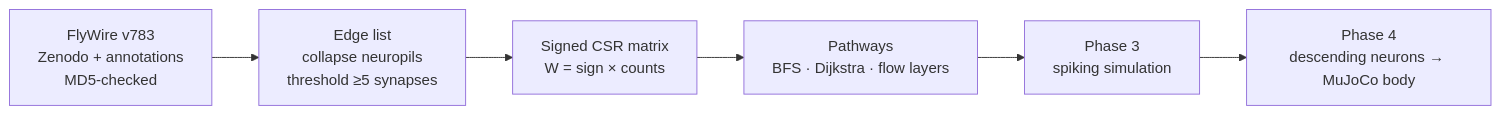
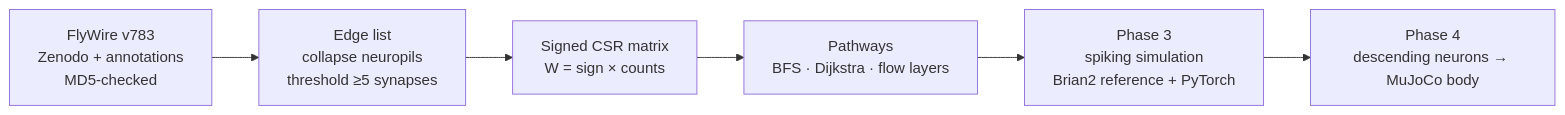
Before and after one commit to Froststar16/connectome-control: the diagram in README.md, drawn with Mermaid. The commit also changed other lines of this file and 17 other files, not shown here.

Commit message:
Phase 3: whole-brain spiking simulation (Brian2 reference + batched PyTorch)

````diff
--- a/README.md
+++ b/README.md
@@ -35,8 +40,8 @@
 ```mermaid
 flowchart LR
     A[FlyWire v783<br/>Zenodo + annotations<br/>MD5-checked] --> B[Edge list<br/>collapse neuropils<br/>threshold ≥5 synapses]
     B --> C[Signed CSR matrix<br/>W = sign × counts]
     C --> D[Pathways<br/>BFS · Dijkstra · flow layers]
-    D --> E[Phase 3<br/>spiking simulation]
+    D --> E[Phase 3<br/>spiking simulation<br/>Brian2 reference + PyTorch]
     E --> F[Phase 4<br/>descending neurons → MuJoCo body]
 ```
````
